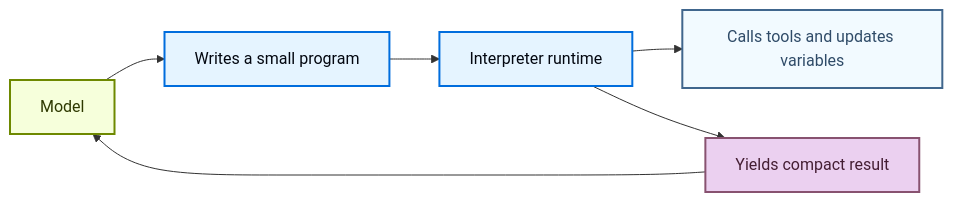
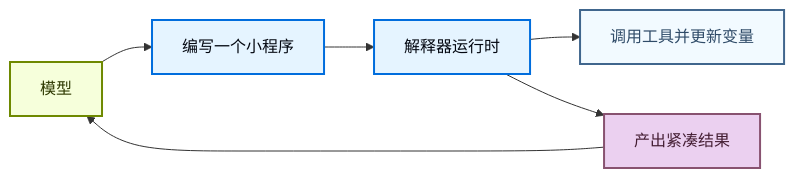
The first of 2 diagrams in oss/javascript/deepagents/interpreters.mdx (CodeFly16/langchain-cn-doc), drawn with Mermaid before and after one commit. The commit also changed other lines of this file and 106 other files, not shown here.

````diff
--- a/oss/javascript/deepagents/interpreters.mdx
+++ b/oss/javascript/deepagents/interpreters.mdx
@@ -30,18 +30,18 @@
 ```mermaid
 graph LR
-    Model[Model] --> Program[Writes a small program]
-    Program --> Runtime[Interpreter runtime]
-    Runtime --> Tools[Calls tools and updates variables]
-    Runtime --> Result[Yields compact result]
+    Model[模型] --> Program[编写一个小程序]
+    Program --> Runtime[解释器运行时]
+    Runtime --> Tools[调用工具并更新变量]
+    Runtime --> Result[产出紧凑结果]
     Result --> Model
 
     classDef trigger fill:#F6FFDB,stroke:#6E8900,stroke-width:2px,color:#2E3900
     classDef process fill:#E5F4FF,stroke:#006DDD,stroke-width:2px,color:#030710
     classDef output fill:#EBD0F0,stroke:#885270,stroke-width:2px,color:#441E33
     classDef neutral fill:#F2FAFF,stroke:#40668D,stroke-width:2px,color:#2F4B68
 
     class Model trigger
     class Program,Runtime process
     class Tools neutral
     class Result output
 ```
````
